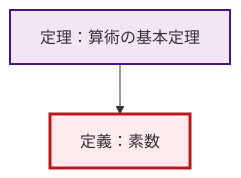
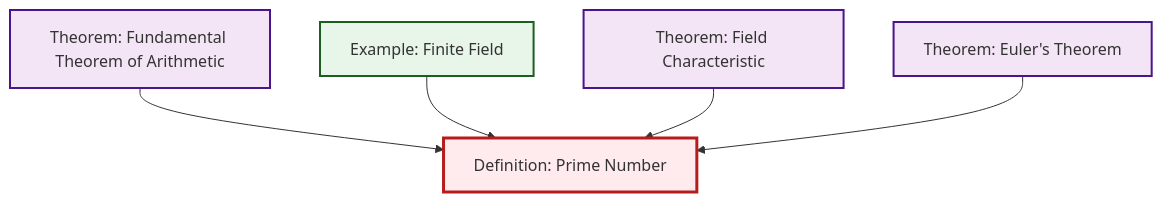
Before and after one commit to RK0429/ModernMath: the diagram in content/ja/number-theory/def-prime.qmd, drawn with Mermaid. The commit also changed 203 other files, not shown here.

````diff
--- a/content/ja/number-theory/def-prime.qmd
+++ b/content/ja/number-theory/def-prime.qmd
@@ -54,15 +54,19 @@
 ```{mermaid}
-%%| fig-cap: "ローカル依存関係グラフ"
+%%| fig-cap: "Local dependency graph"
 graph TD
     classDef definition fill:#e1f5fe,stroke:#01579b,stroke-width:2px
     classDef theorem fill:#f3e5f5,stroke:#4a148c,stroke-width:2px
     classDef axiom fill:#fff3e0,stroke:#e65100,stroke-width:2px
     classDef example fill:#e8f5e9,stroke:#1b5e20,stroke-width:2px
     classDef current fill:#ffebee,stroke:#b71c1c,stroke-width:3px
-    def-prime["定義：素数"]:::definition
-    thm-fundamental-arithmetic["定理：算術の基本定理"]:::theorem
+    ex-finite-field["Example: Finite Field"]:::example
+    thm-field-characteristic["Theorem: Field Characteristic"]:::theorem
+    thm-euler["Theorem: Euler's Theorem"]:::theorem
+    def-prime["Definition: Prime Number"]:::definition
+    thm-fundamental-arithmetic["Theorem: Fundamental Theorem of Arithmetic"]:::theorem
     thm-fundamental-arithmetic --> def-prime
+    ex-finite-field --> def-prime
+    thm-field-characteristic --> def-prime
+    thm-euler --> def-prime
     class def-prime current
-
-    click thm-fundamental-arithmetic "thm-fundamental-arithmetic.html" "Go to 定理：算術の基本定理"
 ```
````
